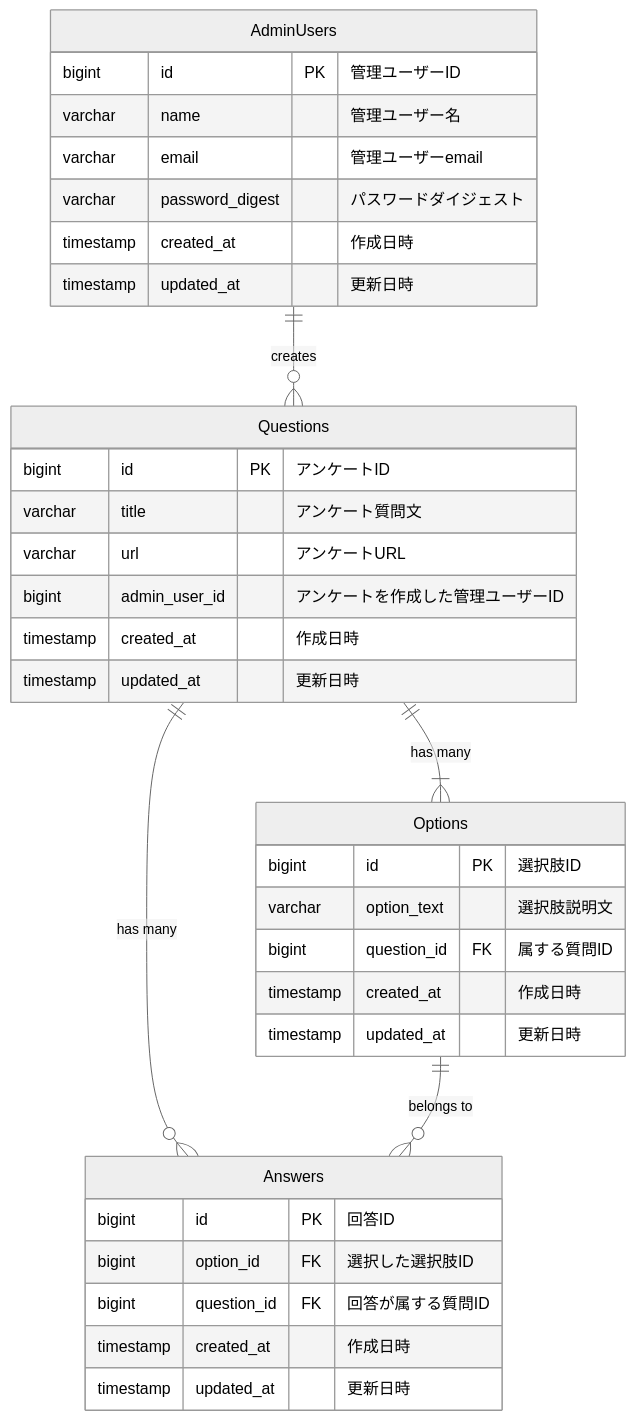
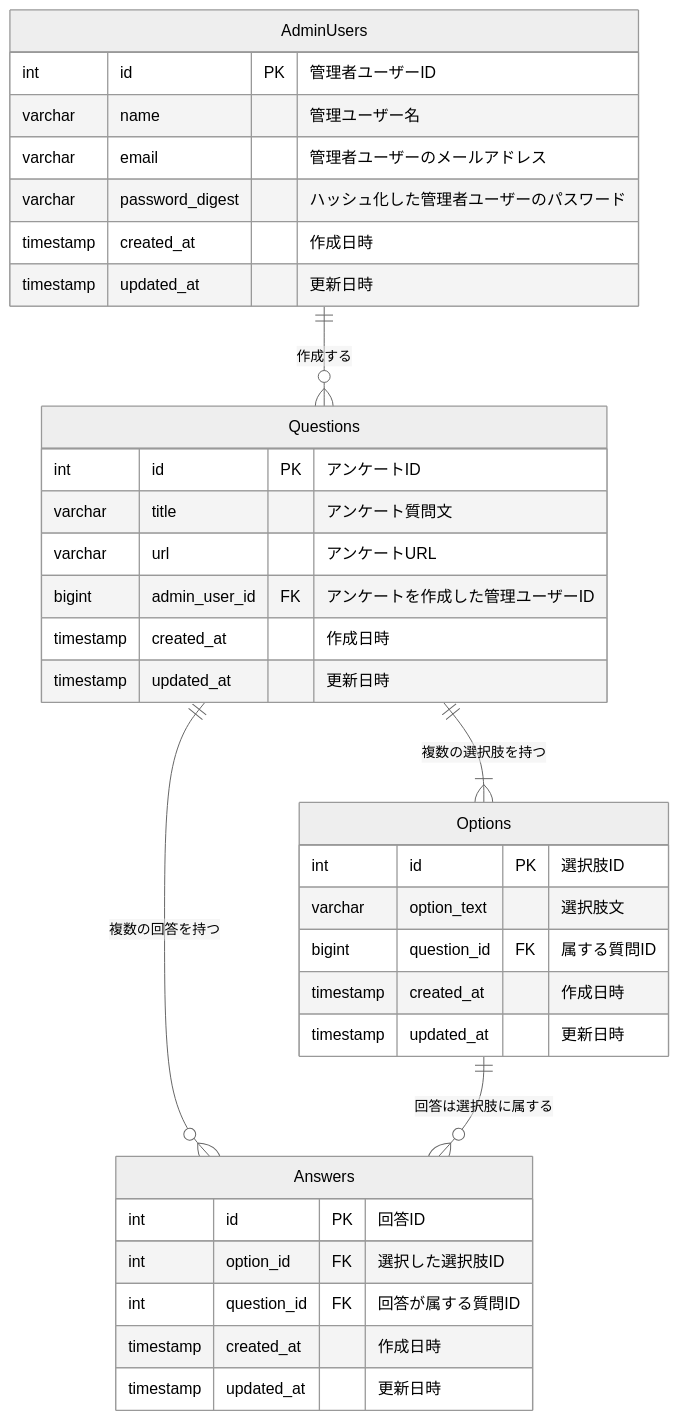
One commit to yamatowani/questionnaire-system changed the diagram in README.md. Above: the diagram before and after it, drawn with Mermaid (neutral theme). The commit also changed other lines of this file, not shown here.

````diff
--- a/README.md
+++ b/README.md
@@ -197,43 +196,44 @@
 ```mermaid
 erDiagram
 
     AdminUsers {
-        bigint id PK "管理ユーザーID"
+        int id PK "管理者ユーザーID"
         varchar name "管理ユーザー名"
-        varchar email "管理ユーザーemail"
-        varchar password_digest "パスワードダイジェスト"
+        varchar email "管理者ユーザーのメールアドレス"
+        varchar password_digest "ハッシュ化した管理者ユーザーのパスワード"
         timestamp created_at "作成日時"
         timestamp updated_at "更新日時"
     }
 
     Questions {
-        bigint id PK "アンケートID"
+        int id PK "アンケートID"
         varchar title "アンケート質問文"
         varchar url "アンケートURL"
-        bigint admin_user_id "アンケートを作成した管理ユーザーID"
+        bigint admin_user_id FK "アンケートを作成した管理ユーザーID"
         timestamp created_at "作成日時"
         timestamp updated_at "更新日時"
     }
 
     Options {
-        bigint id PK "選択肢ID"
-        varchar option_text "選択肢説明文"
+        int id PK "選択肢ID"
+        varchar option_text "選択肢文"
         bigint question_id FK "属する質問ID"
         timestamp created_at "作成日時"
         timestamp updated_at "更新日時"
     }
 
     Answers {
-        bigint id PK "回答ID"
-        bigint option_id FK "選択した選択肢ID"
-        bigint question_id FK "回答が属する質問ID"
+        int id PK "回答ID"
+        int option_id FK "選択した選択肢ID"
+        int question_id FK "回答が属する質問ID"
         timestamp created_at "作成日時"
         timestamp updated_at "更新日時"
     }
 
     %% リレーションシップ
-    AdminUsers ||--o{ Questions : "creates"
-    Questions ||--|{ Options : "has many"
-    Questions ||--o{ Answers : "has many"
-    Options ||--o{ Answers : "belongs to"
+    AdminUsers ||--o{ Questions : "作成する"
+    Questions ||--|{ Options : "複数の選択肢を持つ"
+    Questions ||--o{ Answers : "複数の回答を持つ"
+    Options ||--o{ Answers : "回答は選択肢に属する"
+
 ```
````
